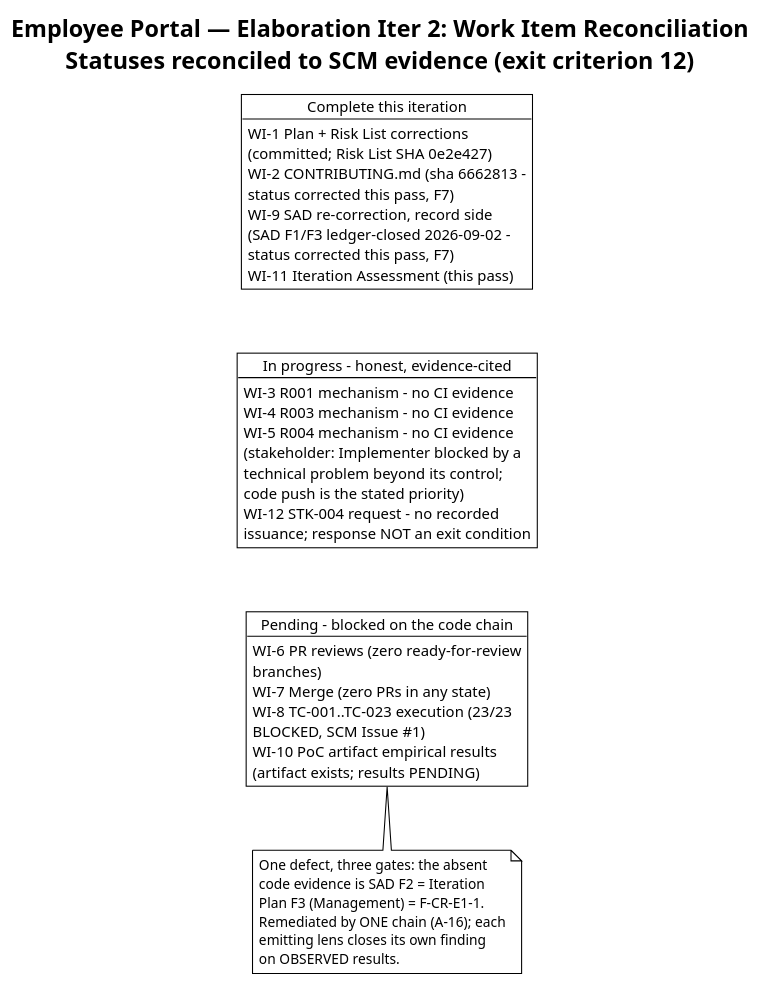
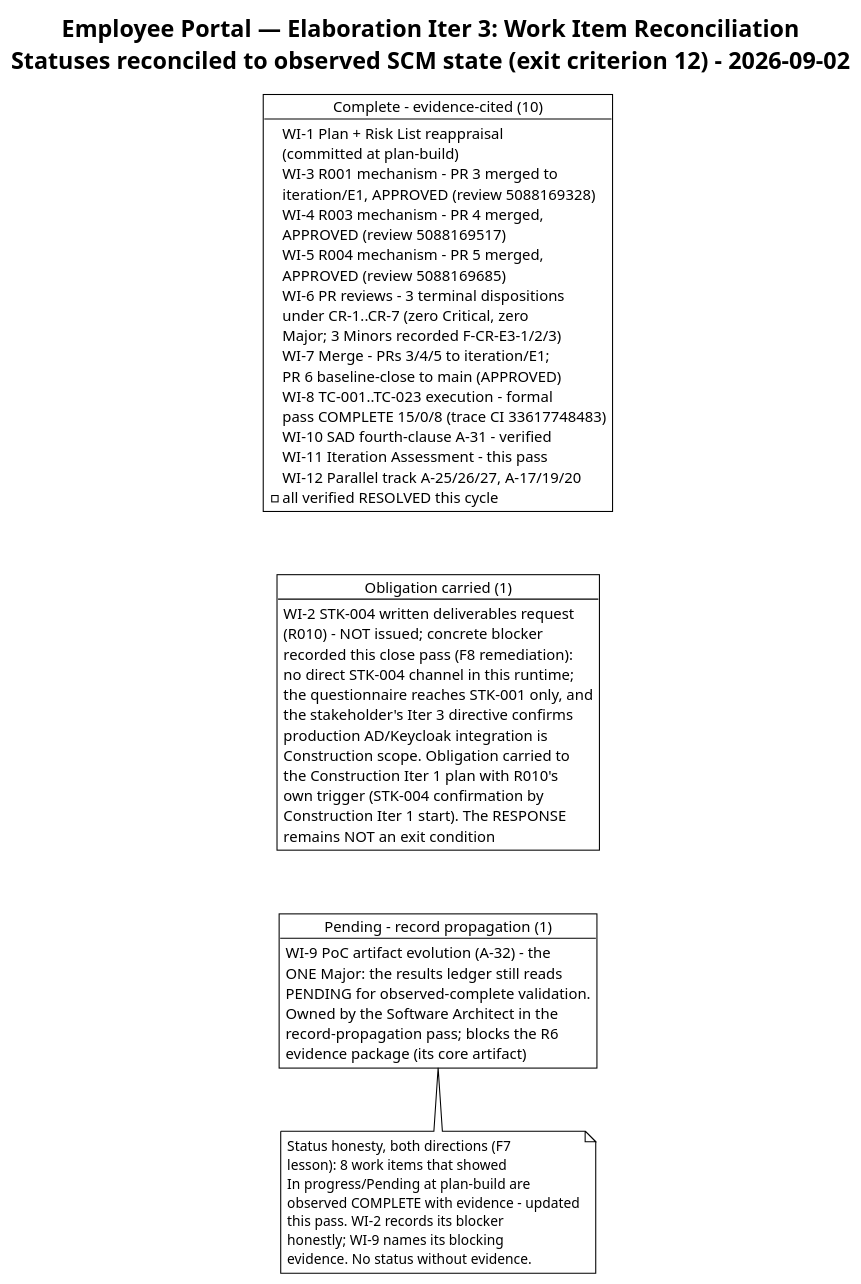
Before and after one commit to banense-test/employee-portal: the third of 5 diagrams in docs/artifacts/project-management/iteration-assessment.md, drawn with PlantUML. The commit also changed other lines of this file, not shown here.

First line of the commit message:
Project Manager [E3]: upsert Iteration Assessment

````diff
--- a/docs/artifacts/project-management/iteration-assessment.md
+++ b/docs/artifacts/project-management/iteration-assessment.md
@@ -190,47 +195,62 @@
 ```plantuml
 @startuml
 !theme plain
-title Employee Portal — Elaboration Iter 2: Work Item Reconciliation\nStatuses reconciled to SCM evidence (exit criterion 12)
+title Employee Portal — Elaboration Iter 3: Work Item Reconciliation\nStatuses reconciled to observed SCM state (exit criterion 12) - 2026-09-02
 
-object "Complete this iteration" as C {
-  WI-1 Plan + Risk List corrections
-  (committed; Risk List SHA 0e2e427)
-  WI-2 CONTRIBUTING.md (sha 6662813 -
-  status corrected this pass, F7)
-  WI-9 SAD re-correction, record side
-  (SAD F1/F3 ledger-closed 2026-09-02 -
-  status corrected this pass, F7)
-  WI-11 Iteration Assessment (this pass)
+object "Complete - evidence-cited (10)" as C {
+  WI-1 Plan + Risk List reappraisal
+  (committed at plan-build)
+  WI-3 R001 mechanism - PR 3 merged to
+  iteration/E1, APPROVED (review 5088169328)
+  WI-4 R003 mechanism - PR 4 merged,
+  APPROVED (review 5088169517)
+  WI-5 R004 mechanism - PR 5 merged,
+  APPROVED (review 5088169685)
+  WI-6 PR reviews - 3 terminal dispositions
+  under CR-1..CR-7 (zero Critical, zero
+  Major; 3 Minors recorded F-CR-E3-1/2/3)
+  WI-7 Merge - PRs 3/4/5 to iteration/E1;
+  PR 6 baseline-close to main (APPROVED)
+  WI-8 TC-001..TC-023 execution - formal
+  pass COMPLETE 15/0/8 (trace CI 33617748483)
+  WI-10 SAD fourth-clause A-31 - verified
+  WI-11 Iteration Assessment - this pass
+  WI-12 Parallel track A-25/26/27, A-17/19/20
+  - all verified RESOLVED this cycle
 }
-object "In progress - honest, evidence-cited" as IP {
-  WI-3 R001 mechanism - no CI evidence
-  WI-4 R003 mechanism - no CI evidence
-  WI-5 R004 mechanism - no CI evidence
-  (stakeholder: Implementer blocked by a
-  technical problem beyond its control;
-  code push is the stated priority)
-  WI-12 STK-004 request - no recorded
-  issuance; response NOT an exit condition
+object "Obligation carried (1)" as IP {
+  WI-2 STK-004 written deliverables request
+  (R010) - NOT issued; concrete blocker
+  recorded this close pass (F8 remediation):
+  no direct STK-004 channel in this runtime;
+  the questionnaire reaches STK-001 only, and
+  the stakeholder's Iter 3 directive confirms
+  production AD/Keycloak integration is
+  Construction scope. Obligation carried to
+  the Construction Iter 1 plan with R010's
+  own trigger (STK-004 confirmation by
+  Construction Iter 1 start). The RESPONSE
+  remains NOT an exit condition
 }
-object "Pending - blocked on the code chain" as P {
-  WI-6 PR reviews (zero ready-for-review
-  branches)
-  WI-7 Merge (zero PRs in any state)
-  WI-8 TC-001..TC-023 execution (23/23
-  BLOCKED, SCM Issue #1)
-  WI-10 PoC artifact empirical results
-  (artifact exists; results PENDING)
+object "Pending - record propagation (1)" as P {
+  WI-9 PoC artifact evolution (A-32) - the
+  ONE Major: the results ledger still reads
+  PENDING for observed-complete validation.
+  Owned by the Software Architect in the
+  record-propagation pass; blocks the R6
+  evidence package (its core artifact)
 }
 C -[hidden]-> IP
 IP -[hidden]-> P
 
 note bottom of P
-  One defect, three gates: the absent
-  code evidence is SAD F2 = Iteration
-  Plan F3 (Management) = F-CR-E1-1.
-  Remediated by ONE chain (A-16); each
-  emitting lens closes its own finding
-  on OBSERVED results.
+  Status honesty, both directions (F7
+  lesson): 8 work items that showed
+  In progress/Pending at plan-build are
+  observed COMPLETE with evidence - updated
+  this pass. WI-2 records its blocker
+  honestly; WI-9 names its blocking
+  evidence. No status without evidence.
 end note
 @enduml
 ```
````
